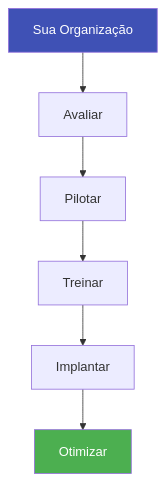
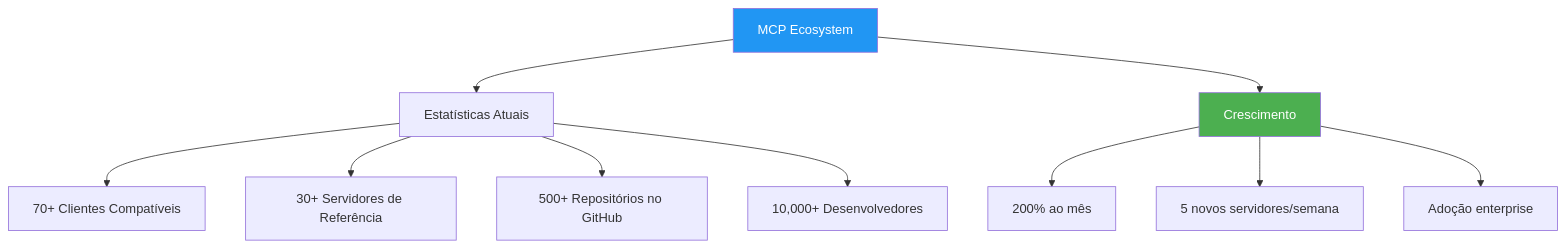
Before and after one commit to felipepimentel/my-public-notes: diagram 16 of 28 in AI/Comunicação/MCP/00-mcp-presentation-zero to hero.md, drawn with Mermaid. The commit also changed other lines of this file, not shown here.

````diff
--- a/AI/Comunicação/MCP/00-mcp-presentation-zero to hero.md
+++ b/AI/Comunicação/MCP/00-mcp-presentation-zero to hero.md
@@ -585,11 +570,17 @@
 ```mermaid
 graph TD
-    ORG[Sua Organização] --> ASSESS[Avaliar]
-    ASSESS --> PILOT[Pilotar]
-    PILOT --> TRAIN[Treinar]
-    TRAIN --> DEPLOY[Implantar]
-    DEPLOY --> OPTIMIZE[Otimizar]
+    ECO[MCP Ecosystem] --> STATS[Estatísticas Atuais]
     
-    style ORG fill:#3f51b5,color:#fff
-    style OPTIMIZE fill:#4CAF50,color:#fff
+    STATS --> S1[70+ Clientes Compatíveis]
+    STATS --> S2[30+ Servidores de Referência]
+    STATS --> S3[500+ Repositórios no GitHub]
+    STATS --> S4[10,000+ Desenvolvedores]
+    
+    ECO --> GROWTH[Crescimento]
+    GROWTH --> G1[200% ao mês]
+    GROWTH --> G2[5 novos servidores/semana]
+    GROWTH --> G3[Adoção enterprise]
+    
+    style ECO fill:#2196F3,color:#fff
+    style GROWTH fill:#4CAF50,color:#fff
 ```
````
